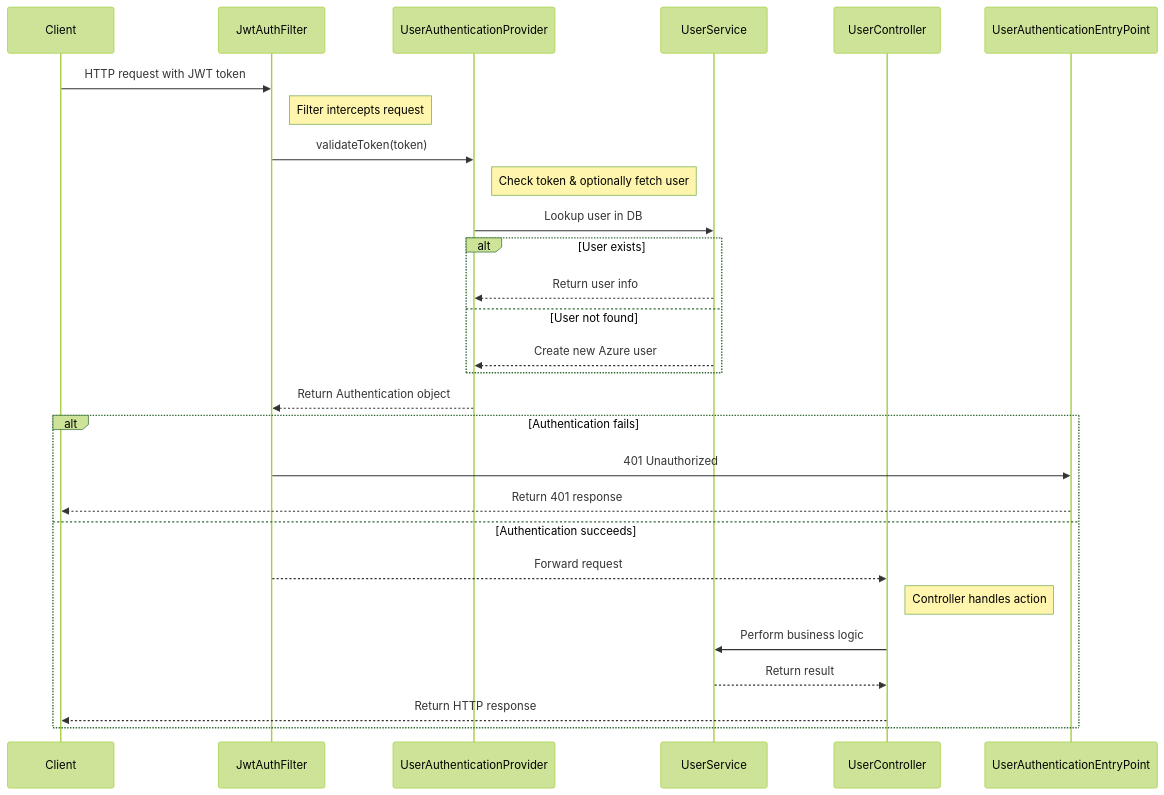
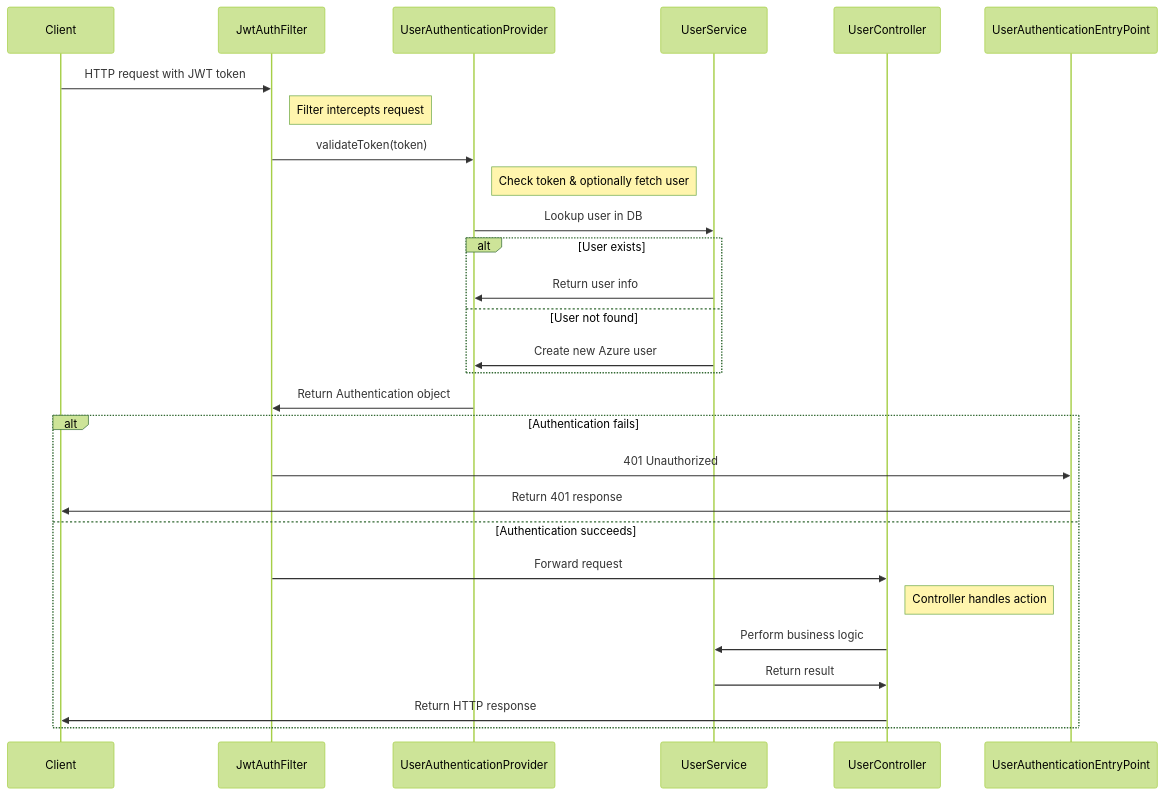
The fourth of 4 diagrams in doc/process-documentation.md (OrifInformatique/template_frontback), drawn with Mermaid (forest theme) before and after one commit. The commit also changed other lines of this file, not shown here.

Commit message:
feat: modified doc for security

````diff
--- a/doc/process-documentation.md
+++ b/doc/process-documentation.md
@@ -258,31 +258,31 @@
 ```mermaid
 sequenceDiagram
     participant Client
     participant JwtAuthFilter
     participant UserAuthenticationProvider
     participant UserService
     participant UserController
     participant UserAuthenticationEntryPoint
 
     Client->>JwtAuthFilter: HTTP request with JWT token
     note right of JwtAuthFilter: Filter intercepts request
     JwtAuthFilter->>UserAuthenticationProvider: validateToken(token)
     note right of UserAuthenticationProvider: Check token & optionally fetch user
     UserAuthenticationProvider->>UserService: Lookup user in DB
     alt User exists
-        UserService-->>UserAuthenticationProvider: Return user info
+        UserService->>UserAuthenticationProvider: Return user info
     else User not found
-        UserService-->>UserAuthenticationProvider: Create new Azure user
+        UserService->>UserAuthenticationProvider: Create new Azure user
     end
-    UserAuthenticationProvider-->>JwtAuthFilter: Return Authentication object
+    UserAuthenticationProvider->>JwtAuthFilter: Return Authentication object
     alt Authentication fails
         JwtAuthFilter->>UserAuthenticationEntryPoint: 401 Unauthorized
-        UserAuthenticationEntryPoint-->>Client: Return 401 response
+        UserAuthenticationEntryPoint->>Client: Return 401 response
     else Authentication succeeds
-        JwtAuthFilter-->>UserController: Forward request
+        JwtAuthFilter->>UserController: Forward request
         note right of UserController: Controller handles action
         UserController->>UserService: Perform business logic
-        UserService-->>UserController: Return result
-        UserController-->>Client: Return HTTP response
+        UserService->>UserController: Return result
+        UserController->>Client: Return HTTP response
     end
 ```
````
